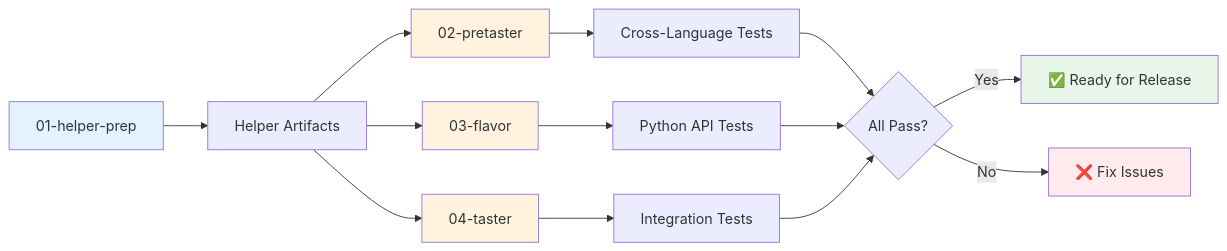
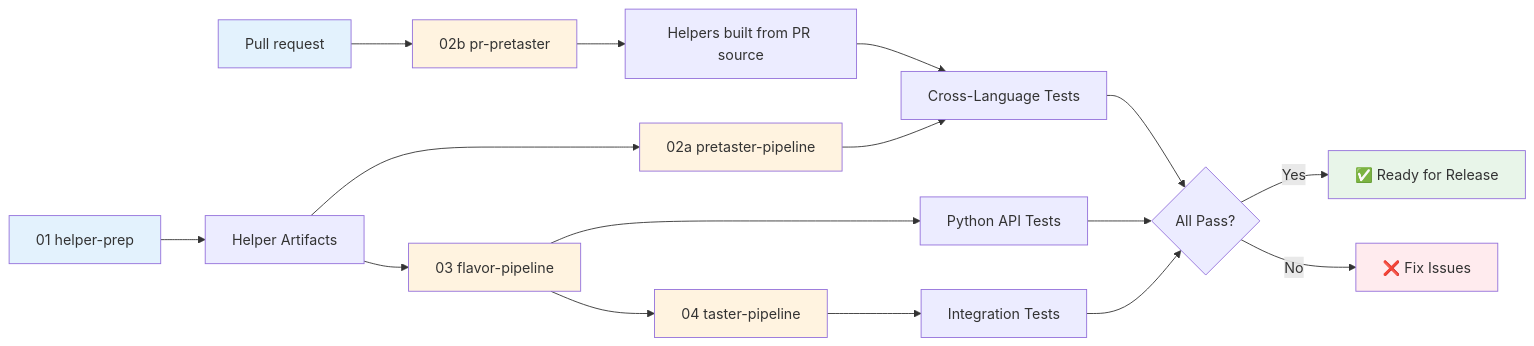
The diagram in docs/development/ci-cd.md (provide-io/flavorpack), drawn with Mermaid before and after one commit. The commit also changed other lines of this file and 6 other files, not shown here.

````diff
--- a/docs/development/ci-cd.md
+++ b/docs/development/ci-cd.md
@@ -9,25 +9,31 @@
 ```mermaid
 graph LR
-    A[01-helper-prep] --> B[Helper Artifacts]
-    B --> C[02-pretaster]
-    B --> D[03-flavor]
-    B --> E[04-taster]
+    A[01 helper-prep] --> B[Helper Artifacts]
+    B --> C[02a pretaster-pipeline]
+    B --> D[03 flavor-pipeline]
+    D --> E[04 taster-pipeline]
+
+    P[Pull request] --> Q[02b pr-pretaster]
+    Q --> R[Helpers built from PR source]
+    R --> F
 
     C --> F[Cross-Language Tests]
     D --> G[Python API Tests]
     E --> H[Integration Tests]
 
     F --> I{All Pass?}
     G --> I
     H --> I
 
     I -->|Yes| J[✅ Ready for Release]
     I -->|No| K[❌ Fix Issues]
 
     style A fill:#e3f2fd
+    style P fill:#e3f2fd
     style C fill:#fff3e0
     style D fill:#fff3e0
     style E fill:#fff3e0
+    style Q fill:#fff3e0
     style J fill:#e8f5e9
     style K fill:#ffebee
 ```
````
